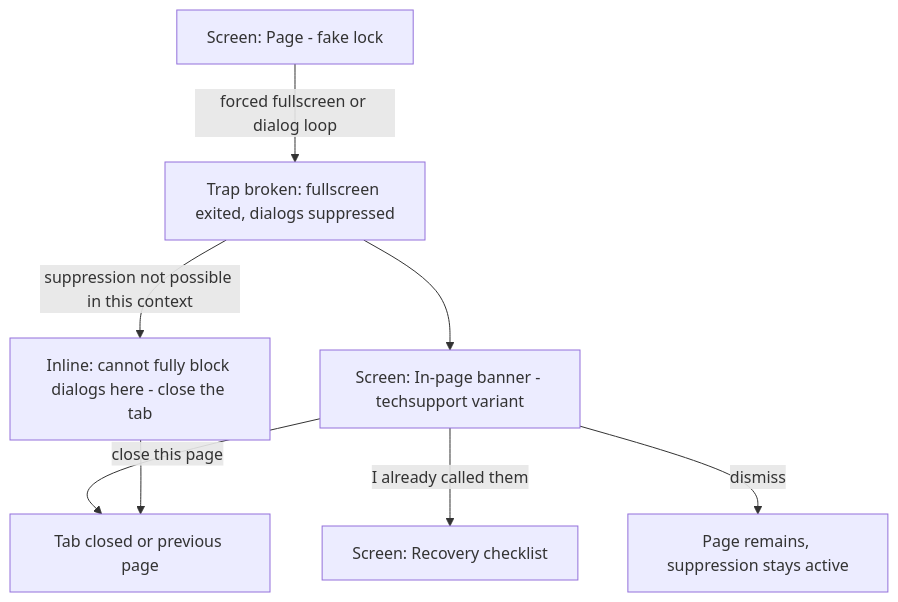
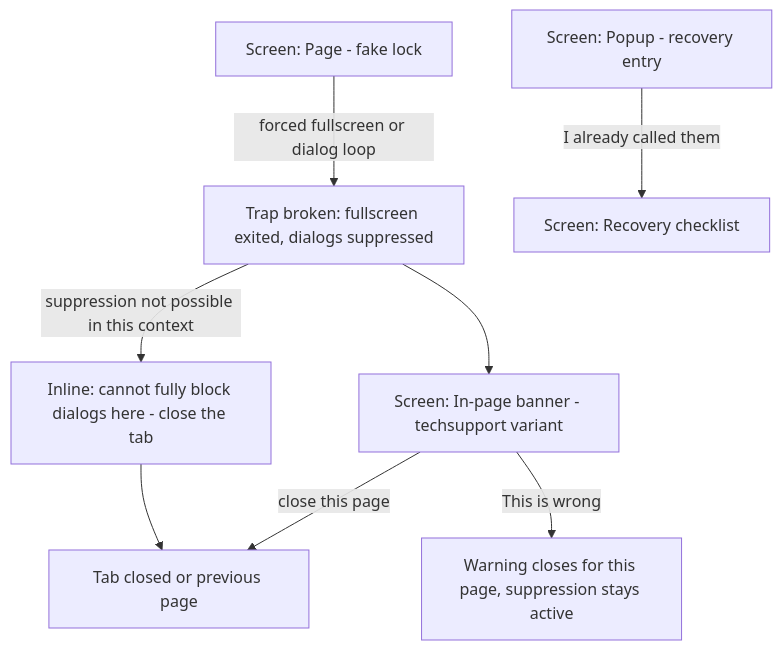
Before and after one commit to passioncode-ai/okolos: the seventh of 23 diagrams in docs/ux/flows.md, drawn with Mermaid. The commit also changed other lines of this file and 3 other files, not shown here.

Commit message:
docs: ClickFix and tech-support panels described with the buttons they have, the recovery checklist from the popup; SCN-012 as the download panel is; dispute rule for download, injection and password panels; CHANGELOG: «Удалить файл» deletes (Copylot 88177b67, advice taken) (B-165, round 4)

````diff
--- a/docs/ux/flows.md
+++ b/docs/ux/flows.md
@@ -201,10 +201,10 @@
 ```mermaid
 flowchart TD
   A[Screen: Page - fake lock] -->|forced fullscreen or dialog loop| B[Trap broken: fullscreen exited, dialogs suppressed]
   B --> C[Screen: In-page banner - techsupport variant]
   C -->|close this page| D[Tab closed or previous page]
-  C -->|I already called them| E[Screen: Recovery checklist]
-  C -->|dismiss| A2[Page remains, suppression stays active]
+  C -->|This is wrong| A2[Warning closes for this page, suppression stays active]
+  P[Screen: Popup - recovery entry] -->|I already called them| E[Screen: Recovery checklist]
   B -->|suppression not possible in this context| B_err[Inline: cannot fully block dialogs here - close the tab]
   B_err --> D
 ```
````
